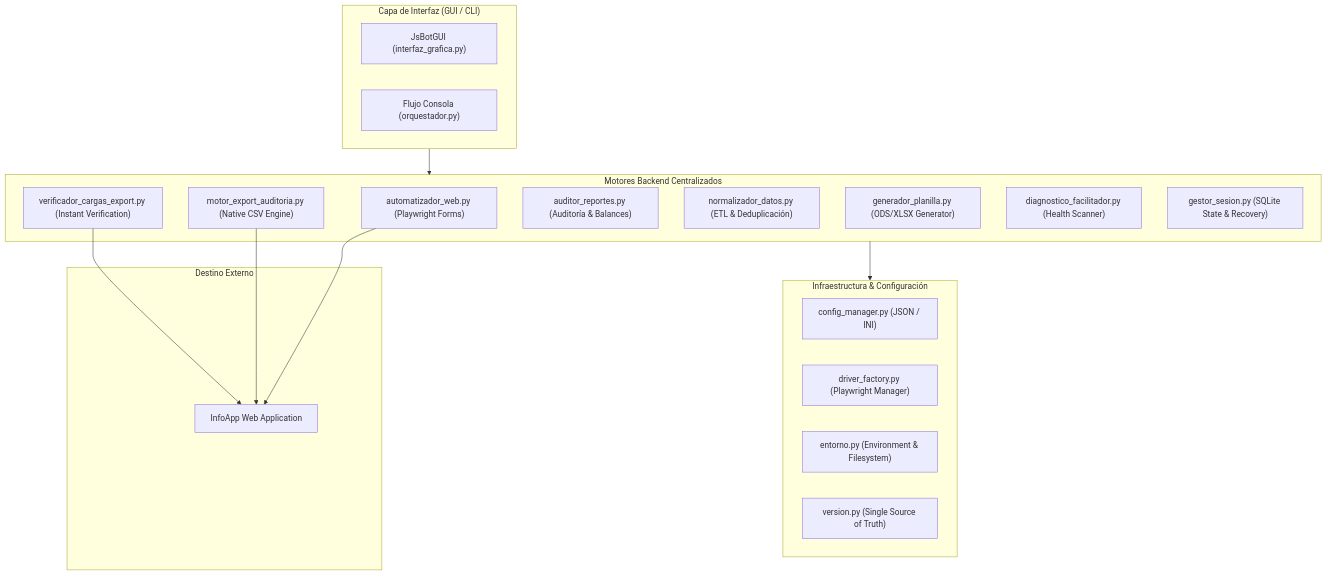
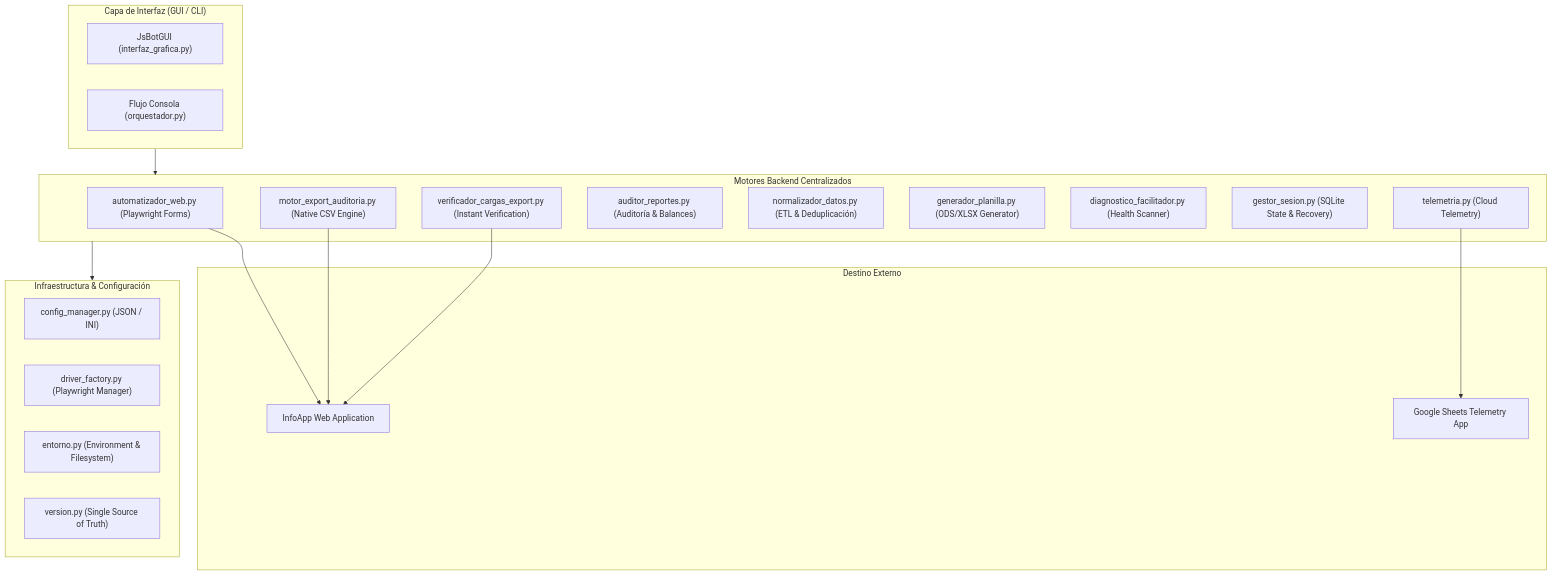
The diagram in docs/arquitectura/funciones_jsbot_contexto.md (CloverJH17/JsBOT), drawn with Mermaid before and after one commit. The commit also changed other lines of this file and 21 other files, not shown here.

````diff
--- a/docs/arquitectura/funciones_jsbot_contexto.md
+++ b/docs/arquitectura/funciones_jsbot_contexto.md
@@ -14,35 +14,38 @@
 ```mermaid
 flowchart TD
     subgraph UI_Layer ["Capa de Interfaz (GUI / CLI)"]
         GUI["JsBotGUI (interfaz_grafica.py)"]
         CLI["Flujo Consola (orquestador.py)"]
     end
 
     subgraph Core_Engines ["Motores Backend Centralizados"]
         AUT["automatizador_web.py (Playwright Forms)"]
         EXP["motor_export_auditoria.py (Native CSV Engine)"]
         VER["verificador_cargas_export.py (Instant Verification)"]
         AUD["auditor_reportes.py (Auditoría & Balances)"]
         ETL["normalizador_datos.py (ETL & Deduplicación)"]
         ODS["generador_planilla.py (ODS/XLSX Generator)"]
         DIA["diagnostico_facilitador.py (Health Scanner)"]
         SES["gestor_sesion.py (SQLite State & Recovery)"]
+        TEL["telemetria.py (Cloud Telemetry)"]
     end
 
     subgraph Infrastructure ["Infraestructura & Configuración"]
         CFG["config_manager.py (JSON / INI)"]
         DRV["driver_factory.py (Playwright Manager)"]
         ENT["entorno.py (Environment & Filesystem)"]
         VER_NUM["version.py (Single Source of Truth)"]
     end
 
     subgraph Target ["Destino Externo"]
         INFOAPP["InfoApp Web Application"]
+        GSHEETS["Google Sheets Telemetry App"]
     end
 
     UI_Layer --> Core_Engines
     Core_Engines --> Infrastructure
     AUT --> INFOAPP
     EXP --> INFOAPP
     VER --> INFOAPP
+    TEL --> GSHEETS
 ```
````
